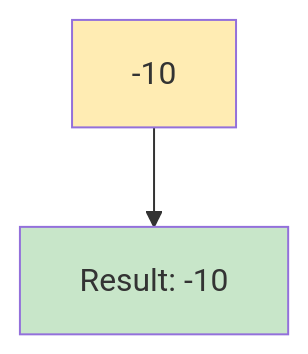
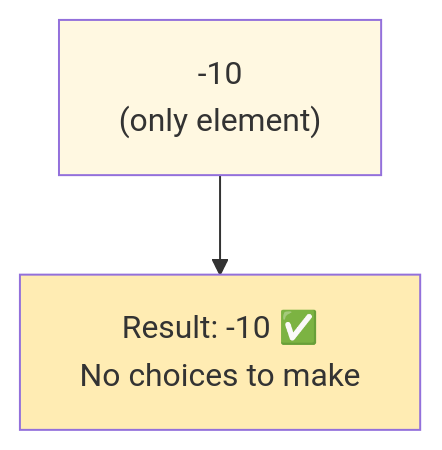
Before and after one commit to LuckyLongre123/DSA_CPP: the fifth of 18 diagrams in Day_042/README.md, drawn with Mermaid. The commit also changed other lines of this file and 22 other files, not shown here.

````diff
--- a/Day_042/README.md
+++ b/Day_042/README.md
@@ -134,7 +178,7 @@
 ```mermaid
-graph TD
-    A[-10] --> B[Result: -10]
+flowchart TD
+    A["-10<br/>(only element)"] --> B["Result: -10 ✅<br/>No choices to make"]
     
-    style A fill:#ffecb3
-    style B fill:#c8e6c9
+    style A fill:#fff8e1
+    style B fill:#ffecb3
 ```
````
